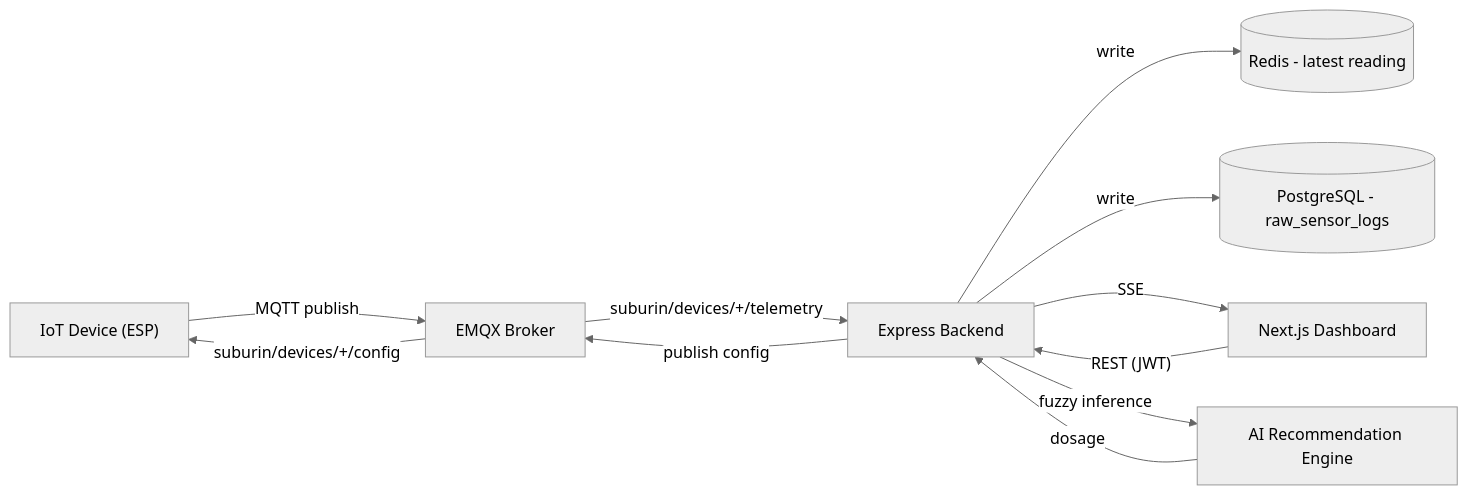
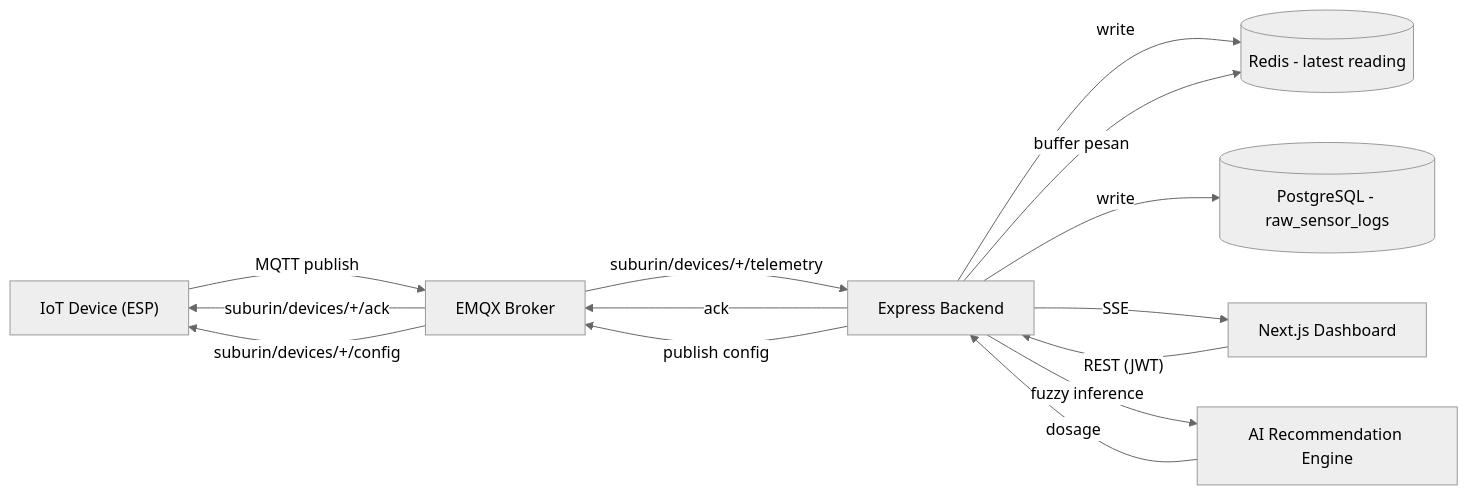
The diagram in docs/architecture/system-design.md (Capstone2026-E04/Subur.in), drawn with Mermaid (neutral theme) before and after one commit. The commit also changed other lines of this file and 13 other files, not shown here.

````diff
--- a/docs/architecture/system-design.md
+++ b/docs/architecture/system-design.md
@@ -22,13 +22,16 @@
 ```mermaid
 flowchart LR
     Device["IoT Device (ESP)"] -- MQTT publish --> Broker["EMQX Broker"]
     Broker -- suburin/devices/+/telemetry --> Backend["Express Backend"]
     Backend -- write --> Redis[("Redis - latest reading")]
     Backend -- write --> Postgres[("PostgreSQL - raw_sensor_logs")]
+    Backend -- buffer pesan --> Redis
+    Backend -- ack --> Broker
+    Broker -- suburin/devices/+/ack --> Device
     Backend -- SSE --> Frontend["Next.js Dashboard"]
     Frontend -- REST (JWT) --> Backend
     Backend -- fuzzy inference --> Engine["AI Recommendation Engine"]
     Engine -- dosage --> Backend
     Backend -- publish config --> Broker
     Broker -- suburin/devices/+/config --> Device
 ```
````
